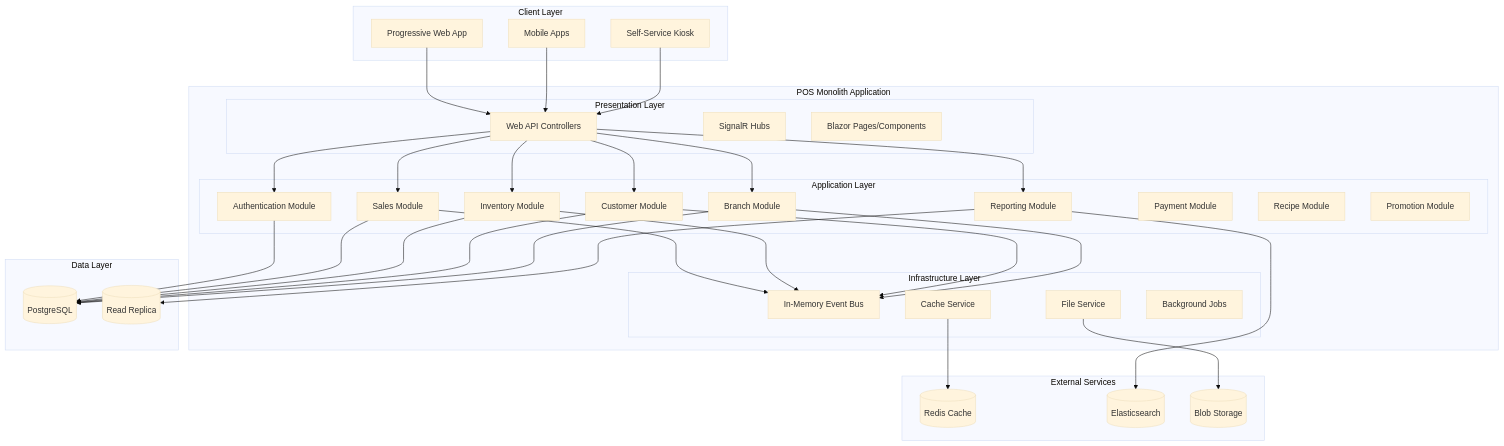
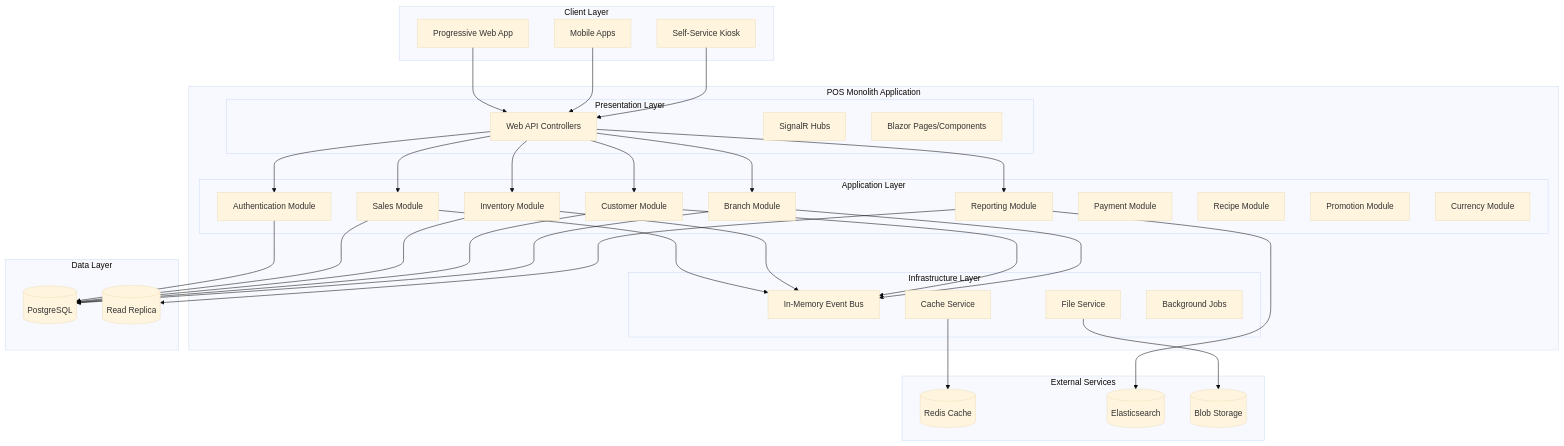
The first of 2 diagrams in .kiro/specs/modern-pos-system/design.md (ashbel/zipos-web-app), drawn with Mermaid (base theme) before and after one commit. The commit also changed other lines of this file and 251 other files, not shown here.

````diff
--- a/.kiro/specs/modern-pos-system/design.md
+++ b/.kiro/specs/modern-pos-system/design.md
@@ -21,73 +21,74 @@
 ```mermaid
 graph TB
     subgraph "Client Layer"
         PWA[Progressive Web App]
         Mobile[Mobile Apps]
         Kiosk[Self-Service Kiosk]
     end
     
     subgraph "POS Monolith Application"
         subgraph "Presentation Layer"
             WebAPI[Web API Controllers]
             SignalRHubs[SignalR Hubs]
             BlazorPages[Blazor Pages/Components]
         end
         
         subgraph "Application Layer"
             AuthModule[Authentication Module]
             SalesModule[Sales Module]
             InventoryModule[Inventory Module]
             CustomerModule[Customer Module]
             BranchModule[Branch Module]
             ReportingModule[Reporting Module]
             PaymentModule[Payment Module]
             RecipeModule[Recipe Module]
             PromotionModule[Promotion Module]
+            CurrencyModule[Currency Module]
         end
         
         subgraph "Infrastructure Layer"
             EventBus[In-Memory Event Bus]
             FileService[File Service]
             CacheService[Cache Service]
             BackgroundJobs[Background Jobs]
         end
     end
     
     subgraph "External Services"
         Cache[(Redis Cache)]
         Search[(Elasticsearch)]
         BlobStorage[(Blob Storage)]
     end
     
     subgraph "Data Layer"
         MainDB[(PostgreSQL)]
         ReadReplica[(Read Replica)]
     end
     
     PWA --> WebAPI
     Mobile --> WebAPI
     Kiosk --> WebAPI
     
     WebAPI --> AuthModule
     WebAPI --> SalesModule
     WebAPI --> InventoryModule
     WebAPI --> CustomerModule
     WebAPI --> BranchModule
     WebAPI --> ReportingModule
     
     SalesModule --> EventBus
     InventoryModule --> EventBus
     CustomerModule --> EventBus
     BranchModule --> EventBus
     
     AuthModule --> MainDB
     SalesModule --> MainDB
     InventoryModule --> MainDB
     CustomerModule --> MainDB
     BranchModule --> MainDB
     ReportingModule --> ReadReplica
     
     CacheService --> Cache
     FileService --> BlobStorage
     ReportingModule --> Search
 ```
````
